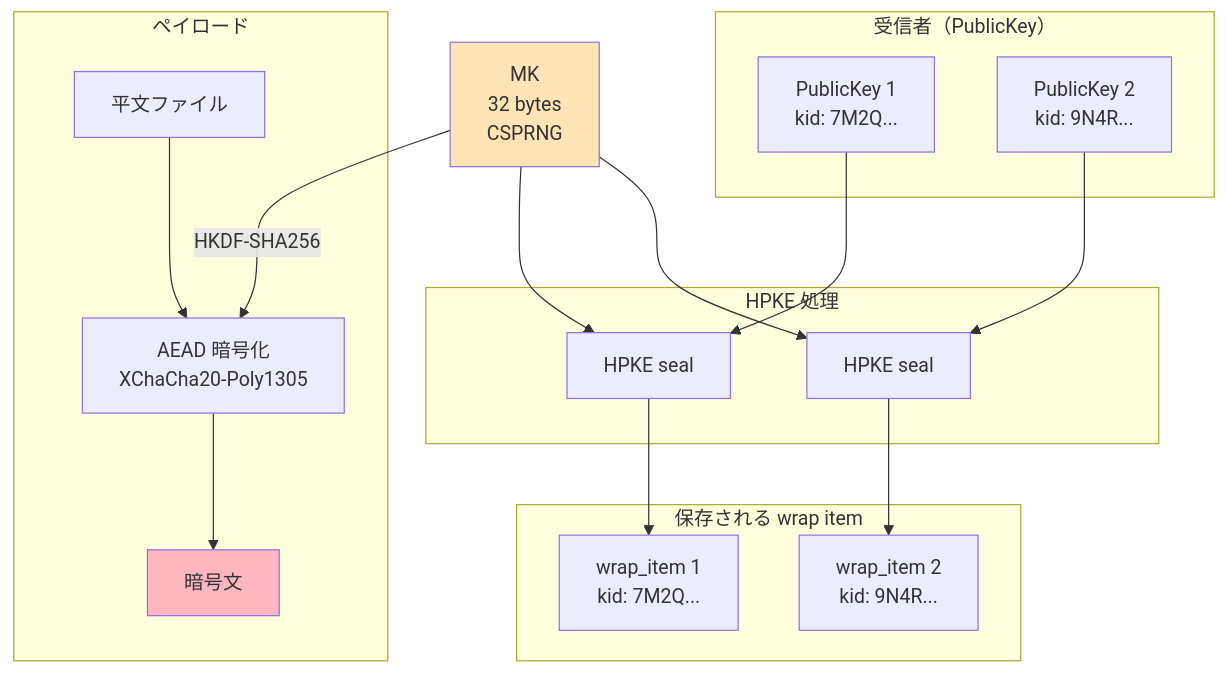
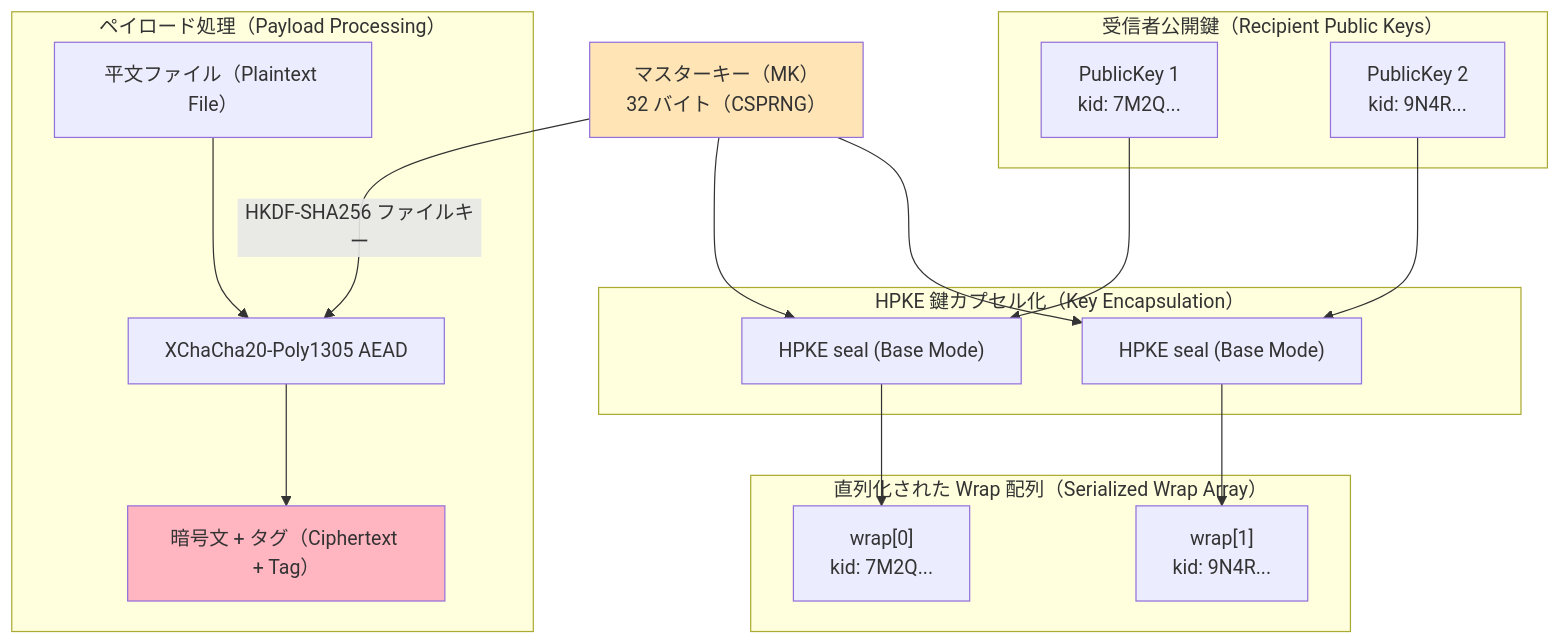
One commit to ebisawa/kapsaro changed the third of 6 diagrams in guides/security_design_ja.md. Above: the diagram before and after it, drawn with Mermaid. The commit also changed other lines of this file and 12 other files, not shown here.

````diff
--- a/guides/security_design_ja.md
+++ b/guides/security_design_ja.md
@@ -748,38 +818,38 @@
 ```mermaid
 graph TB
-    subgraph recipients["受信者（PublicKey）"]
+    subgraph recipients["受信者公開鍵（Recipient Public Keys）"]
         PK1["PublicKey 1<br/>kid: 7M2Q..."]
         PK2["PublicKey 2<br/>kid: 9N4R..."]
     end
 
-    subgraph hpke["HPKE 処理"]
-        HPKE1[HPKE seal]
-        HPKE2[HPKE seal]
+    subgraph hpke["HPKE 鍵カプセル化（Key Encapsulation）"]
+        HPKE1["HPKE seal (Base Mode)"]
+        HPKE2["HPKE seal (Base Mode)"]
     end
 
-    subgraph wrap["保存される wrap item"]
-        W1["wrap_item 1<br/>kid: 7M2Q..."]
-        W2["wrap_item 2<br/>kid: 9N4R..."]
+    subgraph wrap["直列化された Wrap 配列（Serialized Wrap Array）"]
+        W1["wrap[0]<br/>kid: 7M2Q..."]
+        W2["wrap[1]<br/>kid: 9N4R..."]
     end
 
-    MK["MK<br/>32 bytes<br/>CSPRNG"]
+    MK["マスターキー（MK）<br/>32 バイト（CSPRNG）"]
 
-    subgraph payload["ペイロード"]
-        PT["平文ファイル"]
-        AEAD[AEAD 暗号化<br/>XChaCha20-Poly1305]
-        CT["暗号文"]
+    subgraph payload["ペイロード処理（Payload Processing）"]
+        PT["平文ファイル（Plaintext File）"]
+        AEAD["XChaCha20-Poly1305 AEAD"]
+        CT["暗号文 + タグ（Ciphertext + Tag）"]
     end
 
     PK1 --> HPKE1
     MK --> HPKE1
     HPKE1 --> W1
     PK2 --> HPKE2
     MK --> HPKE2
     HPKE2 --> W2
-    MK -->|HKDF-SHA256| AEAD
+    MK -->|"HKDF-SHA256 ファイルキー"| AEAD
     PT --> AEAD
     AEAD --> CT
 
     style MK fill:#FFE4B5
     style CT fill:#FFB6C1
 ```
````
